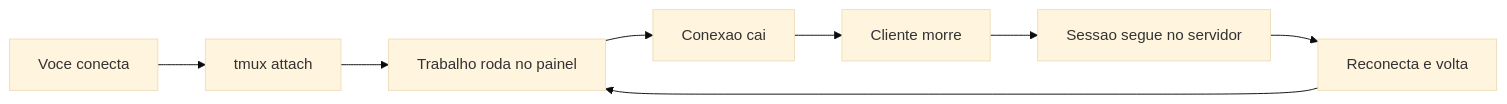
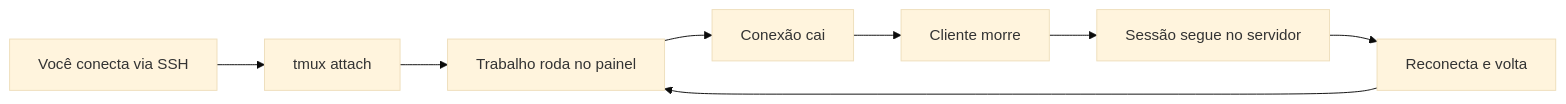
Before and after one commit to alicino/kb-blog: the second of 2 diagrams in src/content/articles/2026-09-28-tmux-terminal-multiplexer.md, drawn with Mermaid (base theme). The commit also changed other lines of this file and 7 other files, not shown here.

````diff
--- a/src/content/articles/2026-09-28-tmux-terminal-multiplexer.md
+++ b/src/content/articles/2026-09-28-tmux-terminal-multiplexer.md
@@ -100,10 +100,10 @@
 ```mermaid
 flowchart LR
-    A["Voce conecta"] --> B["tmux attach"]
+    A["Você conecta via SSH"] --> B["tmux attach"]
     B --> C["Trabalho roda no painel"]
-    C --> D["Conexao cai"]
+    C --> D["Conexão cai"]
     D --> E["Cliente morre"]
-    E --> F["Sessao segue no servidor"]
+    E --> F["Sessão segue no servidor"]
     F --> G["Reconecta e volta"]
     G --> C
 ```
````
